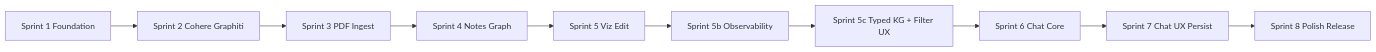
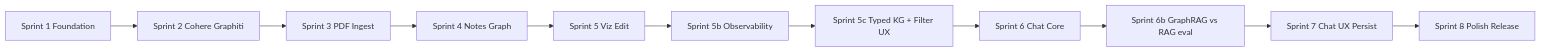
Before and after one commit to CohereJohnny/zkast: the diagram in sprints/sprintplan.md, drawn with Mermaid. The commit also changed other lines of this file and 10 other files, not shown here.

````diff
--- a/sprints/sprintplan.md
+++ b/sprints/sprintplan.md
@@ -31,12 +31,13 @@
 ```mermaid
 flowchart LR
     S1[Sprint 1 Foundation] --> S2[Sprint 2 Cohere Graphiti]
     S2 --> S3[Sprint 3 PDF Ingest]
     S3 --> S4[Sprint 4 Notes Graph]
     S4 --> S5[Sprint 5 Viz Edit]
     S5 --> S5b[Sprint 5b Observability]
     S5b --> S5c[Sprint 5c Typed KG + Filter UX]
     S5c --> S6[Sprint 6 Chat Core]
-    S6 --> S7[Sprint 7 Chat UX Persist]
+    S6 --> S6b[Sprint 6b GraphRAG vs RAG eval]
+    S6b --> S7[Sprint 7 Chat UX Persist]
     S7 --> S8[Sprint 8 Polish Release]
 ```
````
